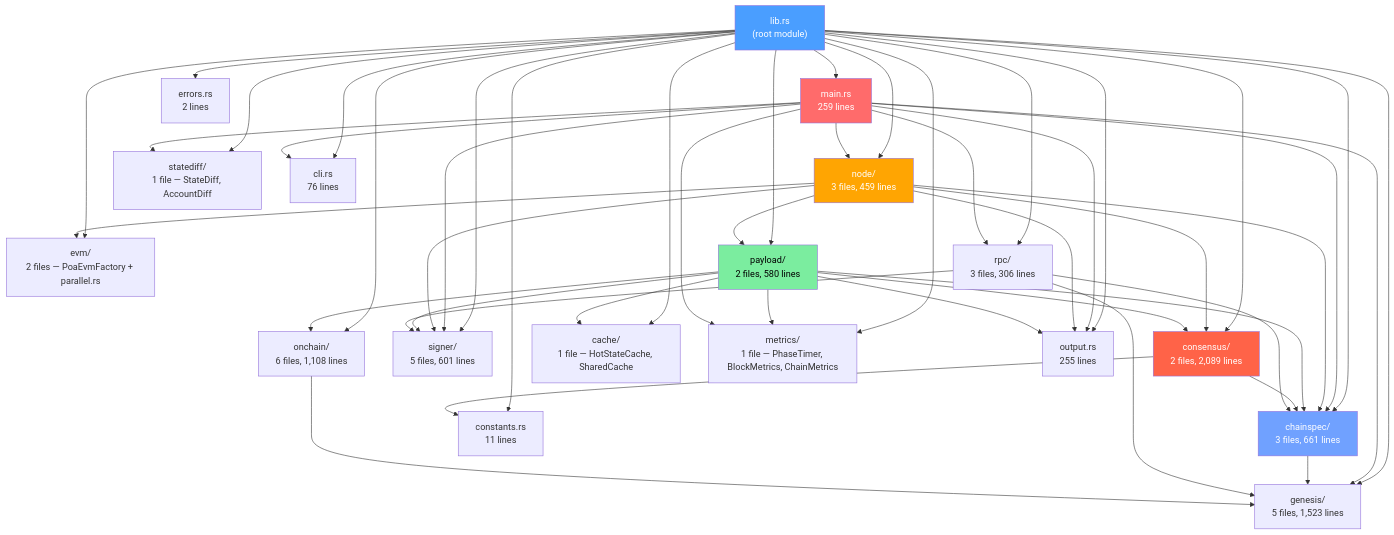
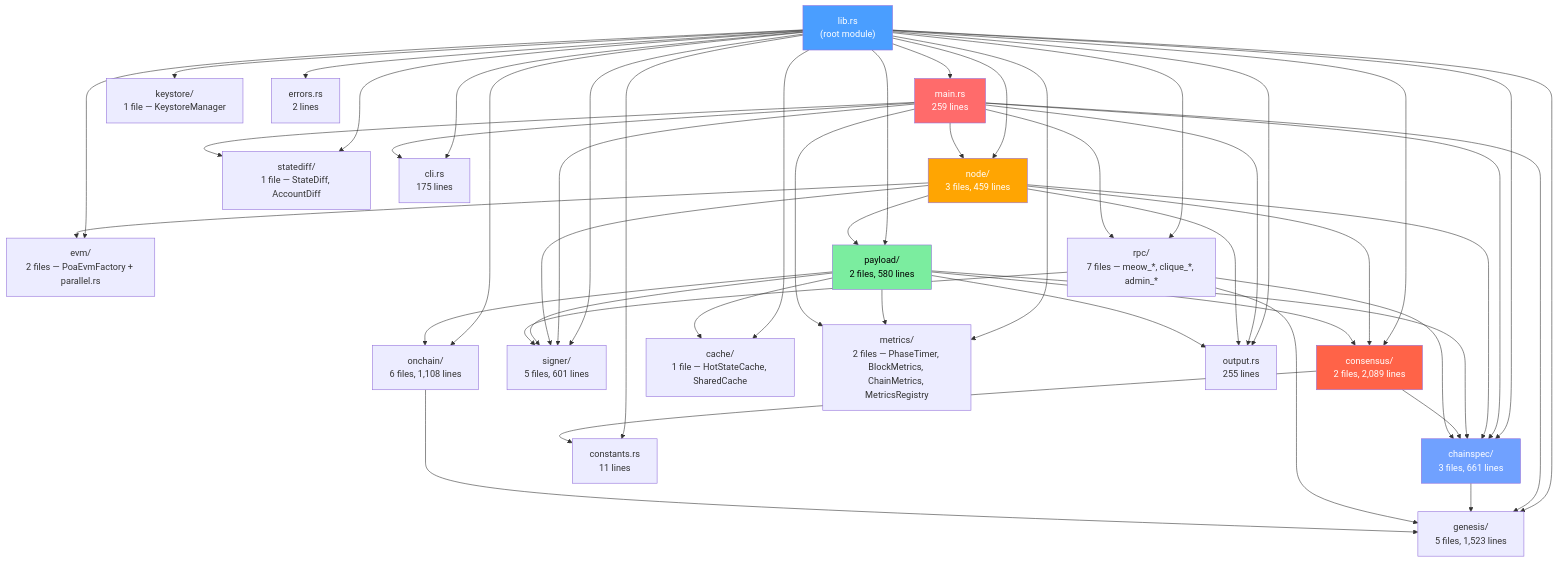
Before and after one commit to 0xshubhs/custom-reth-chain-: the second of 18 diagrams in md/Architecture.md, drawn with Mermaid. The commit also changed other lines of this file and 27 other files, not shown here.

First line of the commit message:
Phase 7: production-grade features — clique/admin RPC, keystore, metrics, CI/CD

````diff
--- a/md/Architecture.md
+++ b/md/Architecture.md
@@ -111,66 +124,67 @@
 ```mermaid
 graph TD
     LIB["lib.rs<br/>(root module)"]
 
     LIB --> MAIN["main.rs<br/>259 lines"]
     LIB --> NODE["node/<br/>3 files, 459 lines"]
     LIB --> EVM_MOD["evm/<br/>2 files — PoaEvmFactory + parallel.rs"]
     LIB --> CONS["consensus/<br/>2 files, 2,089 lines"]
     LIB --> PAY["payload/<br/>2 files, 580 lines"]
     LIB --> CHAIN["chainspec/<br/>3 files, 661 lines"]
     LIB --> SIGN["signer/<br/>5 files, 601 lines"]
     LIB --> GEN["genesis/<br/>5 files, 1,523 lines"]
     LIB --> OC["onchain/<br/>6 files, 1,108 lines"]
-    LIB --> RPC_MOD["rpc/<br/>3 files, 306 lines"]
+    LIB --> RPC_MOD["rpc/<br/>7 files — meow_*, clique_*, admin_*"]
+    LIB --> KEYSTORE_MOD["keystore/<br/>1 file — KeystoreManager"]
     LIB --> CACHE_MOD["cache/<br/>1 file — HotStateCache, SharedCache"]
-    LIB --> METRICS_MOD["metrics/<br/>1 file — PhaseTimer, BlockMetrics, ChainMetrics"]
+    LIB --> METRICS_MOD["metrics/<br/>2 files — PhaseTimer, BlockMetrics, ChainMetrics, MetricsRegistry"]
     LIB --> STATEDIFF_MOD["statediff/<br/>1 file — StateDiff, AccountDiff"]
-    LIB --> CLI_MOD["cli.rs<br/>76 lines"]
+    LIB --> CLI_MOD["cli.rs<br/>175 lines"]
     LIB --> CONST["constants.rs<br/>11 lines"]
     LIB --> ERR["errors.rs<br/>2 lines"]
     LIB --> OUT["output.rs<br/>255 lines"]
 
     MAIN --> NODE
     MAIN --> CHAIN
     MAIN --> GEN
     MAIN --> SIGN
     MAIN --> RPC_MOD
     MAIN --> OUT
     MAIN --> CLI_MOD
 
     NODE --> CONS
     NODE --> PAY
     NODE --> CHAIN
     NODE --> SIGN
     NODE --> OUT
     NODE --> EVM_MOD
 
     PAY --> CACHE_MOD
     PAY --> METRICS_MOD
     MAIN --> METRICS_MOD
     MAIN --> STATEDIFF_MOD
 
     PAY --> CHAIN
     PAY --> CONS
     PAY --> SIGN
     PAY --> OC
     PAY --> OUT
 
     CONS --> CHAIN
     CONS --> CONST
 
     CHAIN --> GEN
 
     RPC_MOD --> CHAIN
     RPC_MOD --> GEN
     RPC_MOD --> SIGN
 
     OC --> GEN
 
     style LIB fill:#4a9eff,color:#fff
     style MAIN fill:#ff6b6b,color:#fff
     style NODE fill:#ffa502,color:#fff
     style CONS fill:#ff6348,color:#fff
     style PAY fill:#7bed9f,color:#000
     style CHAIN fill:#70a1ff,color:#fff
 ```
````
